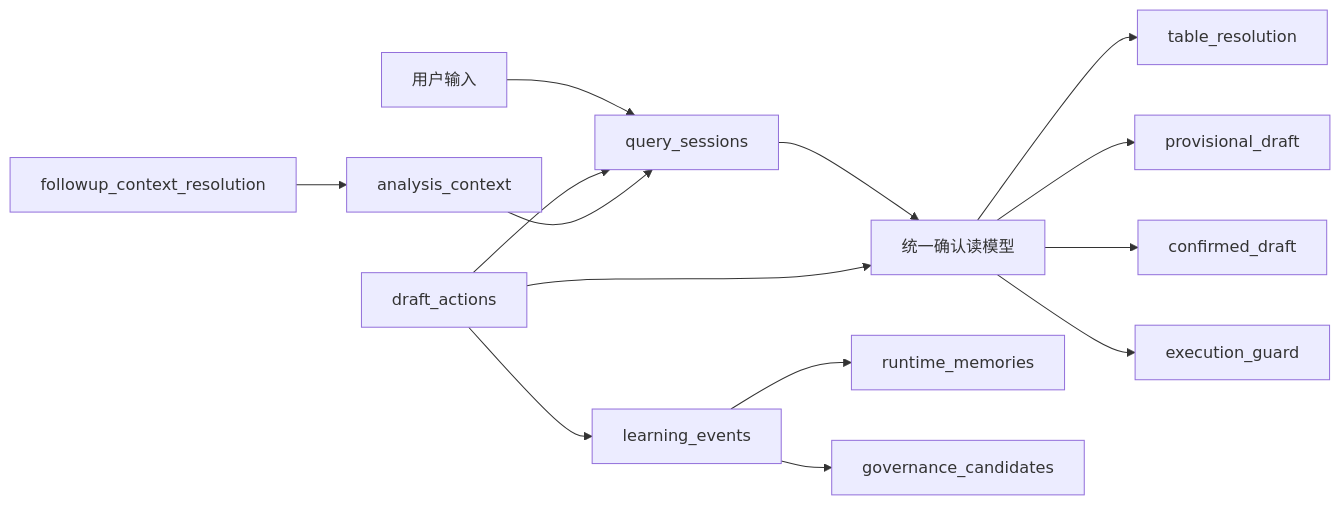
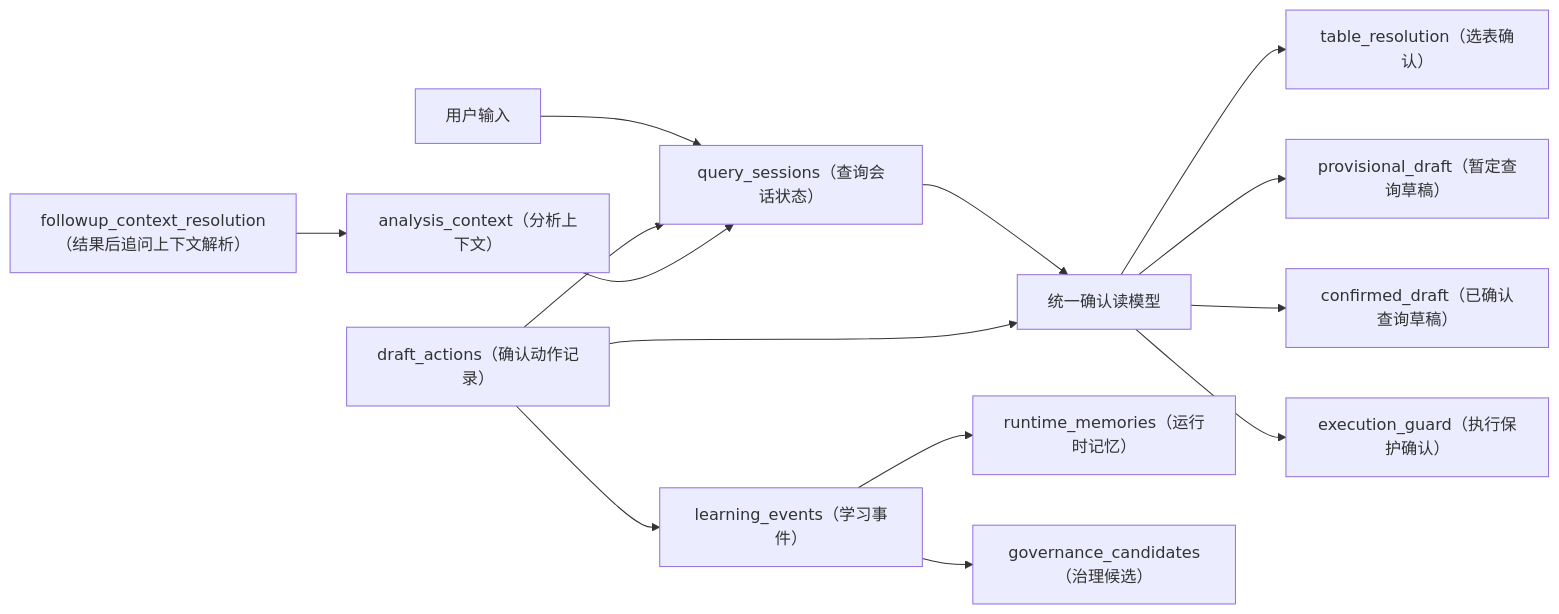
The second of 2 diagrams in docs/智能化重构/18-统一确认现状与目标态落地路线图.md (root-zw/nl2sql), drawn with Mermaid before and after one commit. The commit also changed other lines of this file, not shown here.

Commit message:
260420 调整统一确认路线图术语中文化

````diff
--- a/docs/智能化重构/18-统一确认现状与目标态落地路线图.md
+++ b/docs/智能化重构/18-统一确认现状与目标态落地路线图.md
@@ -346,19 +352,19 @@
 ```mermaid
 flowchart LR
-    A[用户输入] --> B[query_sessions]
+    A[用户输入] --> B[query_sessions（查询会话状态）]
     B --> C[统一确认读模型]
-    D[draft_actions] --> B
+    D[draft_actions（确认动作记录）] --> B
     D --> C
 
-    C --> E[table_resolution]
-    C --> F[provisional_draft]
-    C --> G[confirmed_draft]
-    C --> H[execution_guard]
+    C --> E[table_resolution（选表确认）]
+    C --> F[provisional_draft（暂定查询草稿）]
+    C --> G[confirmed_draft（已确认查询草稿）]
+    C --> H[execution_guard（执行保护确认）]
 
-    I[followup_context_resolution] --> J[analysis_context]
+    I[followup_context_resolution（结果后追问上下文解析）] --> J[analysis_context（分析上下文）]
     J --> B
 
-    D --> K[learning_events]
-    K --> L[runtime_memories]
-    K --> M[governance_candidates]
+    D --> K[learning_events（学习事件）]
+    K --> L[runtime_memories（运行时记忆）]
+    K --> M[governance_candidates（治理候选）]
 ```
````
